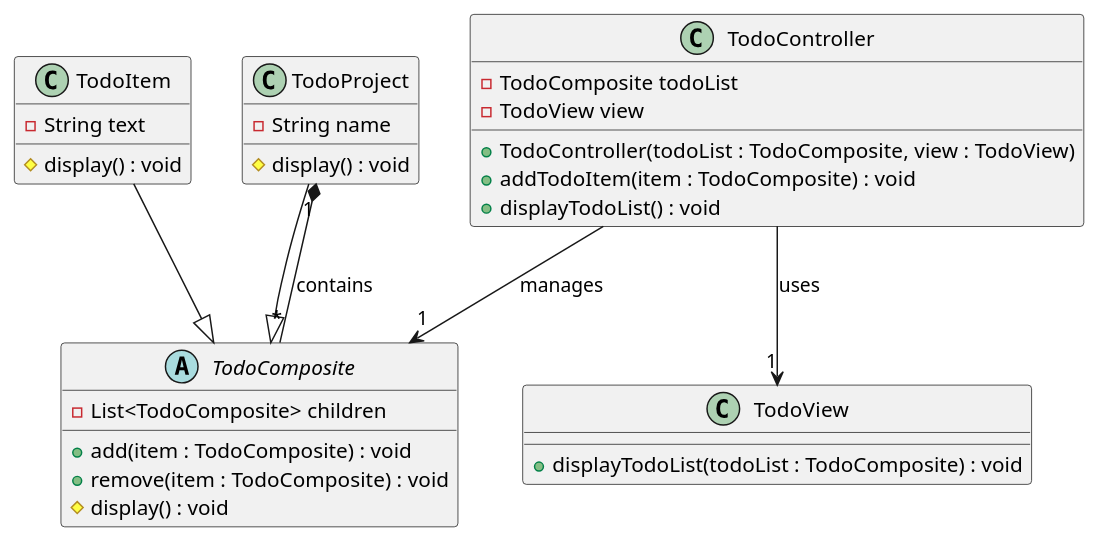
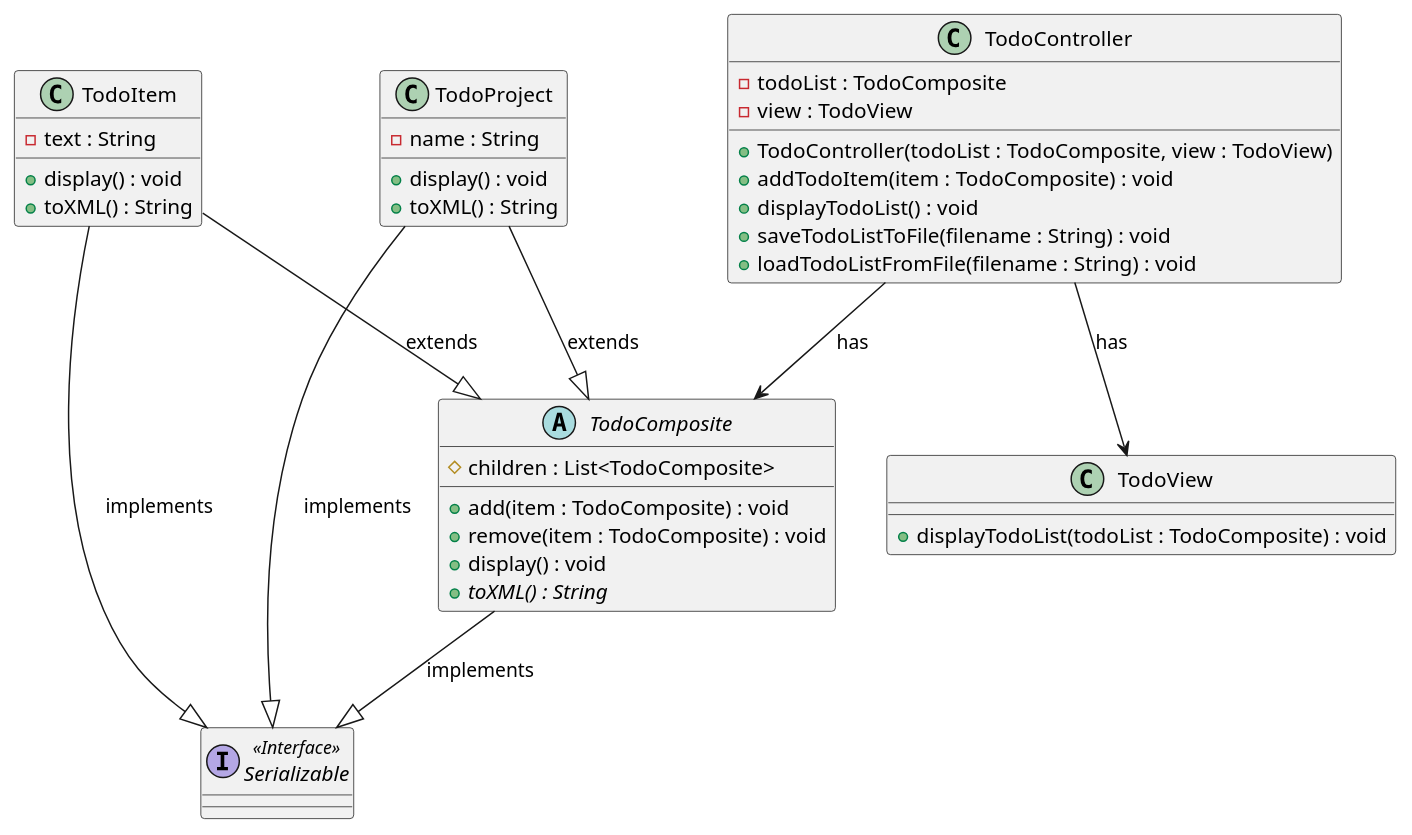
Before and after one commit to kareemassad/carleton_software_engineering: the diagram in Classes/SYSC3110_F23/Final Prep/TodoListMVCComposite/README.md, drawn with PlantUML. The commit also changed 129 other files, not shown here.

````diff
--- a/Classes/SYSC3110_F23/Final Prep/TodoListMVCComposite/README.md
+++ b/Classes/SYSC3110_F23/Final Prep/TodoListMVCComposite/README.md
@@ -1,42 +1,51 @@
 ```plantuml
 @startuml
-' ------- Models -------
+
+interface Serializable <<Interface>> {
+}
+
 abstract class TodoComposite {
-   {field} -List<TodoComposite> children
-   {method} +add(item : TodoComposite) : void
-   {method} +remove(item : TodoComposite) : void
-   {method} #display() : void
+  #children : List<TodoComposite>
+  +add(item : TodoComposite) : void
+  +remove(item : TodoComposite) : void
+  +display() : void
+  {abstract} +toXML() : String
 }
 
 class TodoItem {
-   {field} -String text
-   {method} #display() : void
+  -text : String
+  +display() : void
+  +toXML() : String
 }
 
 class TodoProject {
-   {field} -String name
-   {method} #display() : void
+  -name : String
+  +display() : void
+  +toXML() : String
 }
 
-' ------- View -------
-class TodoView {
-   {method} +displayTodoList(todoList : TodoComposite) : void
+class TodoController {
+  -todoList : TodoComposite
+  -view : TodoView
+  +TodoController(todoList : TodoComposite, view : TodoView)
+  +addTodoItem(item : TodoComposite) : void
+  +displayTodoList() : void
+  +saveTodoListToFile(filename : String) : void
+  +loadTodoListFromFile(filename : String) : void
 }
 
-' ------- Controller -------
-class TodoController {
-   {field} -TodoComposite todoList
-   {field} -TodoView view
-   {method} +TodoController(todoList : TodoComposite, view : TodoView)
-   {method} +addTodoItem(item : TodoComposite) : void
-   {method} +displayTodoList() : void
+class TodoView {
+  +displayTodoList(todoList : TodoComposite) : void
 }
 
-' ------- Inheritance & Composition -------
-TodoItem --|> TodoComposite
-TodoProject --|> TodoComposite
-TodoProject "1" *-- "*" TodoComposite : contains
-TodoController --> "1" TodoComposite : manages
-TodoController --> "1" TodoView : uses
+TodoItem --|> TodoComposite : extends
+TodoProject --|> TodoComposite : extends
+TodoItem --|> Serializable : implements
+TodoProject --|> Serializable : implements
+TodoComposite --|> Serializable : implements
+TodoController -down-> TodoComposite : has
+TodoController -down-> TodoView : has
+
 @enduml
+
 ```
````
